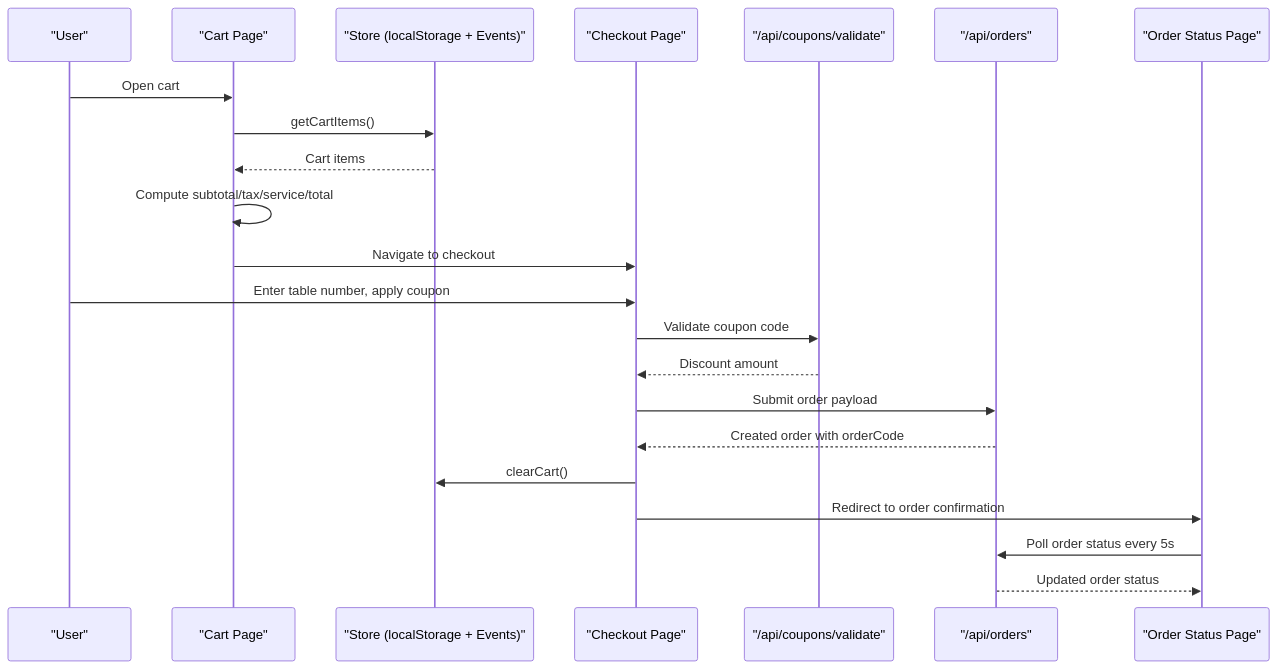
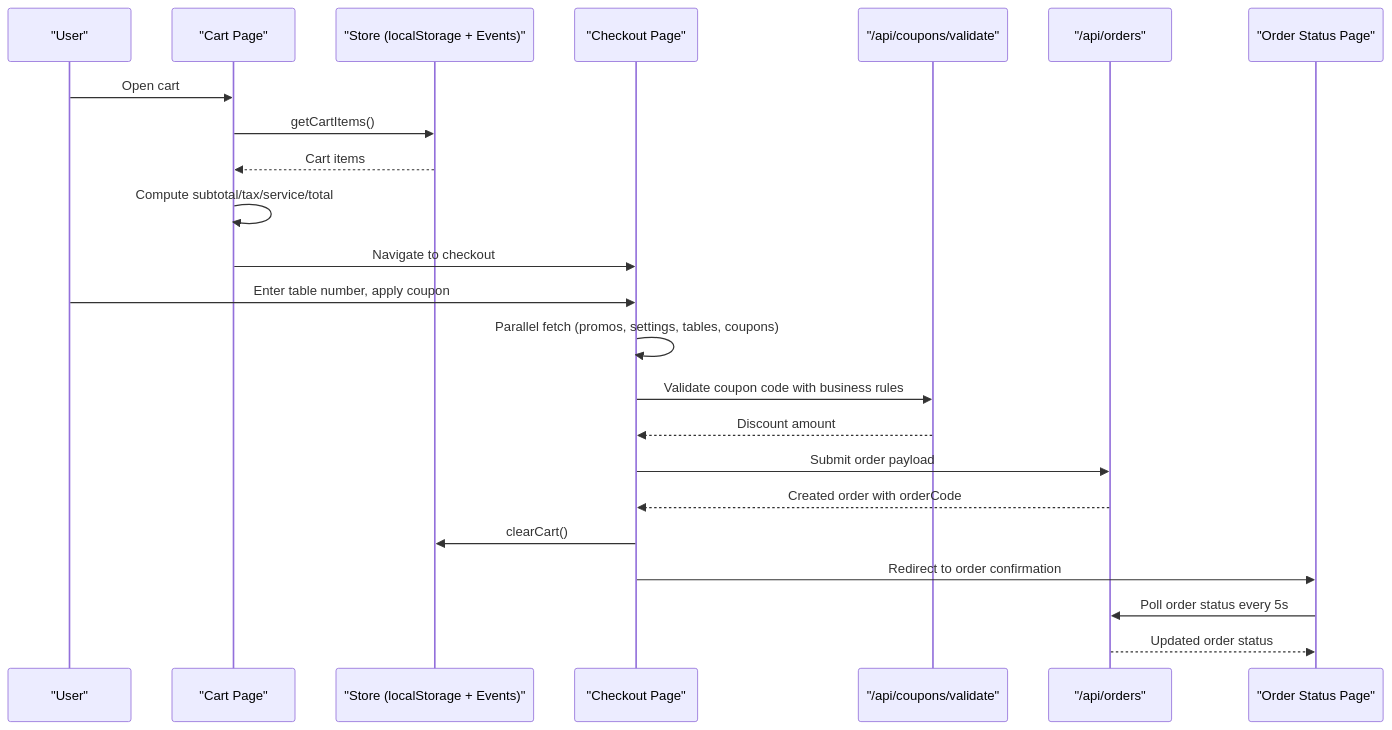
One commit to Ice-Nao-Eevee/Tera_Work changed the second of 10 diagrams in .qoder/repowiki/en/content/Core Features/Cart & Ordering System.md. Above: the diagram before and after it, drawn with Mermaid. The commit also changed other lines of this file and 49 other files, not shown here.

````diff
--- a/.qoder/repowiki/en/content/Core Features/Cart & Ordering System.md
+++ b/.qoder/repowiki/en/content/Core Features/Cart & Ordering System.md
@@ -111,24 +119,25 @@
 ```mermaid
 sequenceDiagram
 participant User as "User"
 participant CartPage as "Cart Page"
 participant Store as "Store (localStorage + Events)"
 participant CheckoutPage as "Checkout Page"
 participant CouponsAPI as "/api/coupons/validate"
 participant OrdersAPI as "/api/orders"
 participant OrderStatusPage as "Order Status Page"
 User->>CartPage : Open cart
 CartPage->>Store : getCartItems()
 Store-->>CartPage : Cart items
 CartPage->>CartPage : Compute subtotal/tax/service/total
 CartPage->>CheckoutPage : Navigate to checkout
 User->>CheckoutPage : Enter table number, apply coupon
-CheckoutPage->>CouponsAPI : Validate coupon code
+CheckoutPage->>CheckoutPage : Parallel fetch (promos, settings, tables, coupons)
+CheckoutPage->>CouponsAPI : Validate coupon code with business rules
 CouponsAPI-->>CheckoutPage : Discount amount
 CheckoutPage->>OrdersAPI : Submit order payload
 OrdersAPI-->>CheckoutPage : Created order with orderCode
 CheckoutPage->>Store : clearCart()
 CheckoutPage->>OrderStatusPage : Redirect to order confirmation
 OrderStatusPage->>OrdersAPI : Poll order status every 5s
 OrdersAPI-->>OrderStatusPage : Updated order status
 ```
````
